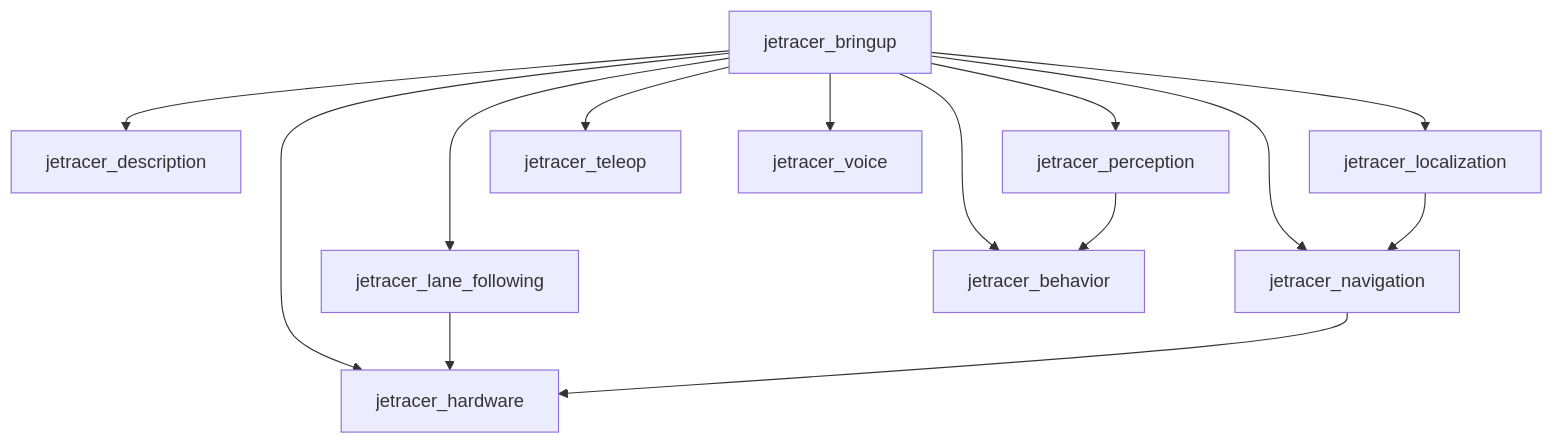
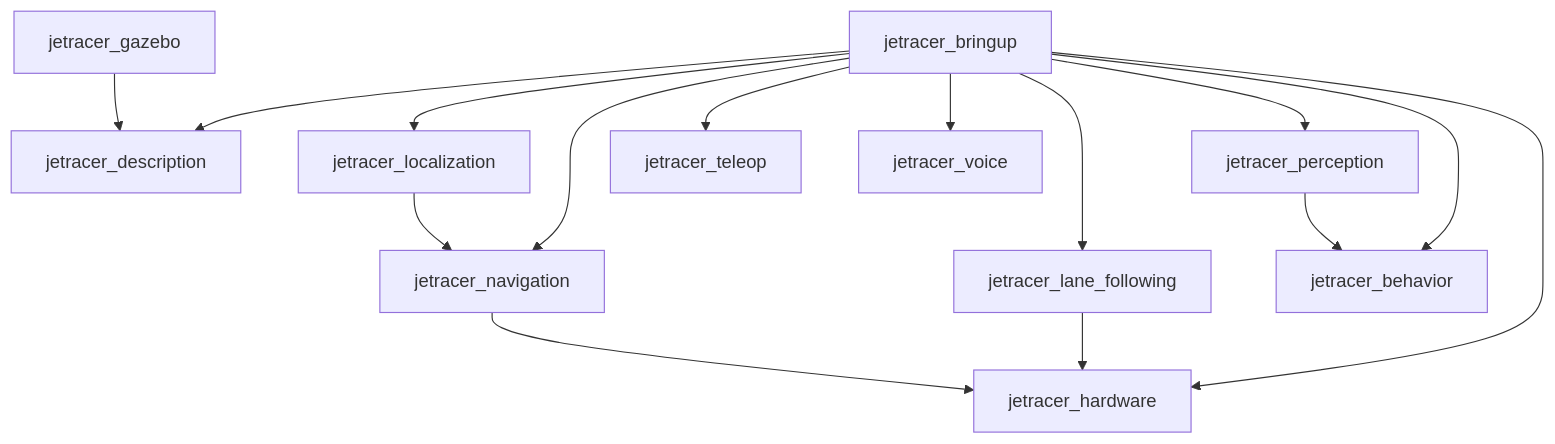
The first of 13 diagrams in docs/09_Technical_Architecture.md (CagriCatik/JetRacer), drawn with Mermaid before and after one commit. The commit also changed other lines of this file and 90 other files, not shown here.

````diff
--- a/docs/09_Technical_Architecture.md
+++ b/docs/09_Technical_Architecture.md
@@ -41,28 +42,30 @@
 ```mermaid
 flowchart TB
   B[jetracer_bringup]
   D[jetracer_description]
+  G[jetracer_gazebo]
   H[jetracer_hardware]
   L[jetracer_localization]
   P[jetracer_perception]
   LF[jetracer_lane_following]
   N[jetracer_navigation]
   BE[jetracer_behavior]
   T[jetracer_teleop]
   V[jetracer_voice]
 
   B --> D
   B --> H
   B --> L
   B --> N
   B --> P
   B --> LF
   B --> BE
   B --> T
   B --> V
+  G --> D
 
   P --> BE
   LF --> H
   N --> H
   L --> N
 ```
````
